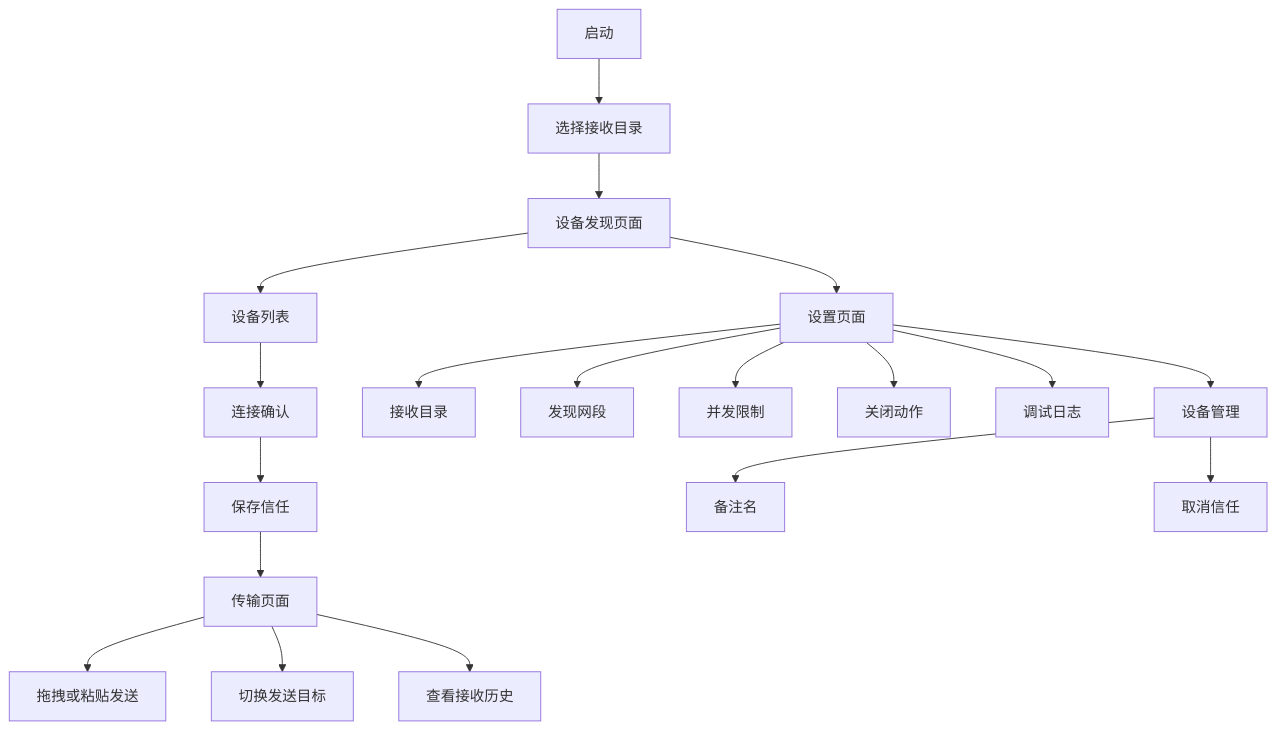
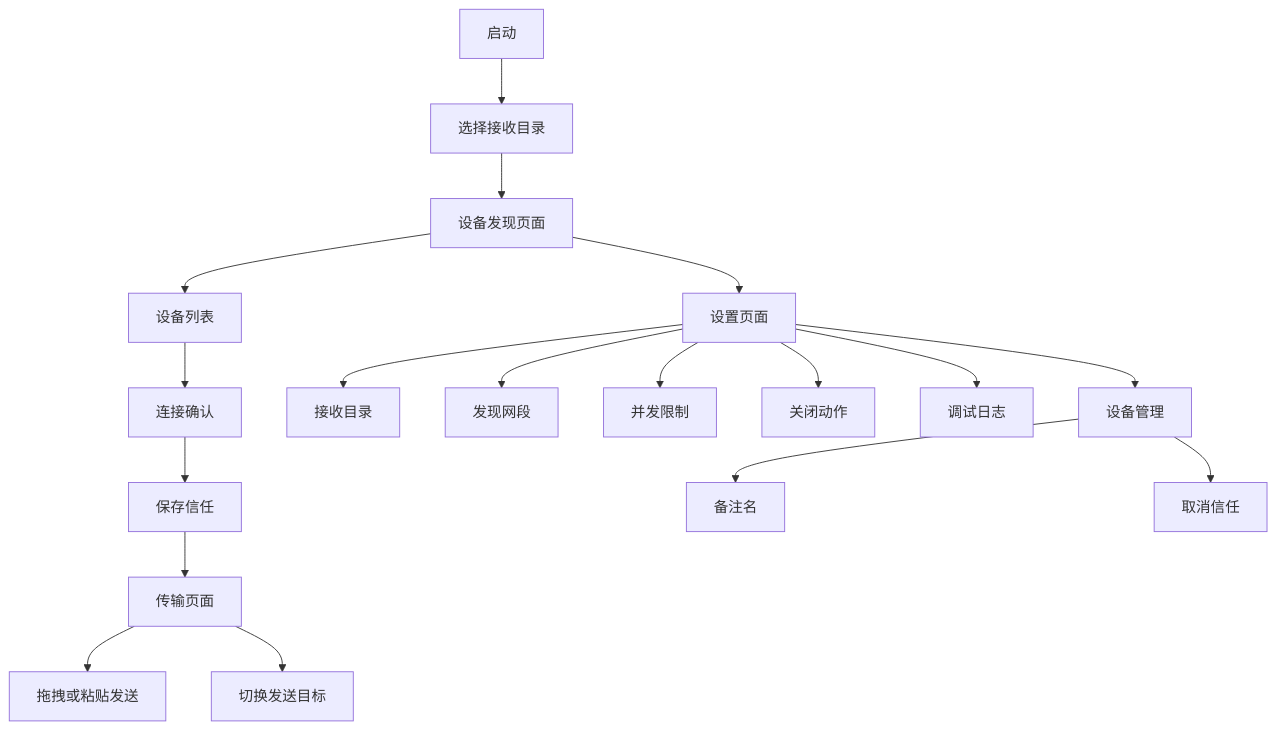
The first of 26 diagrams in docs/design-architecture.zh_CN.md (dengzhongyuan365-dev/filetransfer), drawn with Mermaid before and after one commit. The commit also changed other lines of this file and 9 other files, not shown here.

````diff
--- a/docs/design-architecture.zh_CN.md
+++ b/docs/design-architecture.zh_CN.md
@@ -43,21 +42,20 @@
 ```mermaid
 graph TD
     A["启动"] --> B["选择接收目录"]
     B --> C["设备发现页面"]
     C --> D["设备列表"]
     D --> E["连接确认"]
     E --> P["保存信任"]
     P --> F["传输页面"]
     F --> G["拖拽或粘贴发送"]
     F --> H["切换发送目标"]
-    F --> I["查看接收历史"]
     C --> J["设置页面"]
     J --> K["接收目录"]
     J --> L["发现网段"]
     J --> M["并发限制"]
     J --> N["关闭动作"]
     J --> O["调试日志"]
     J --> Q["设备管理"]
     Q --> R["备注名"]
     Q --> S["取消信任"]
 ```
````
